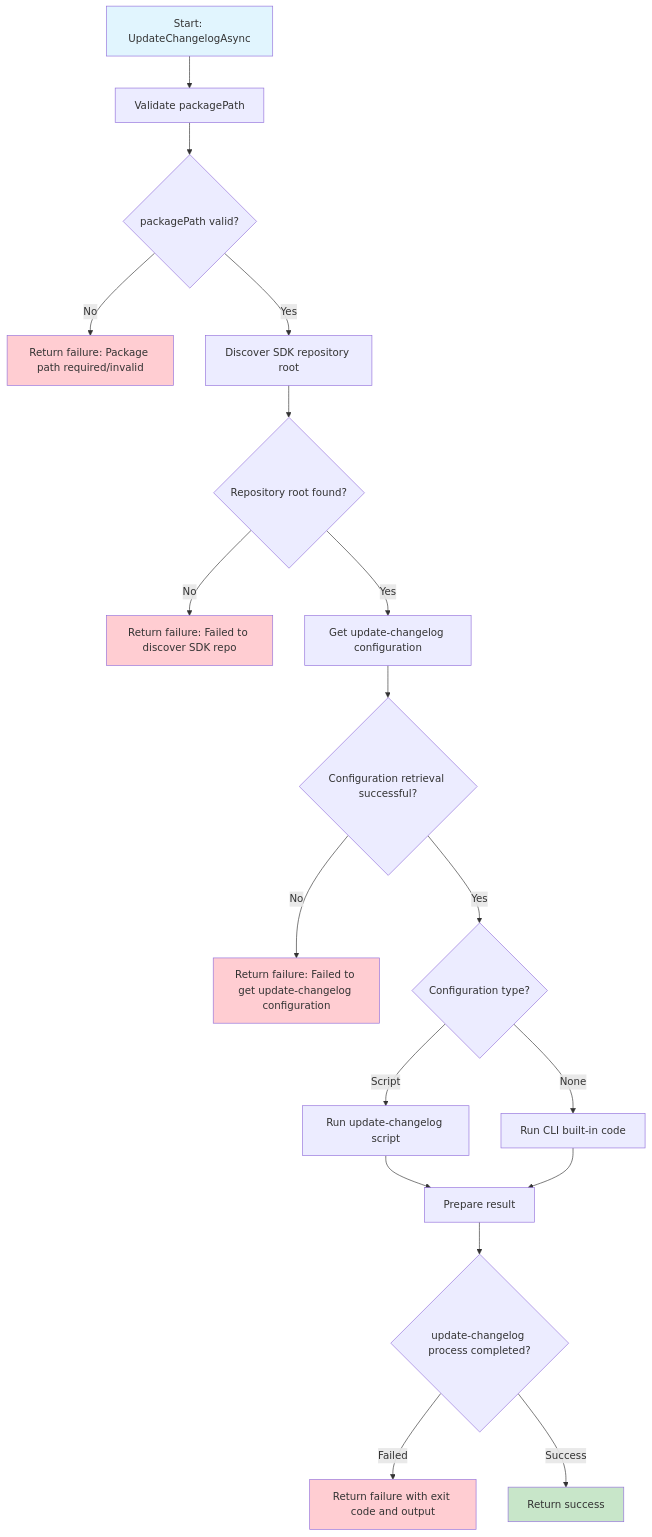
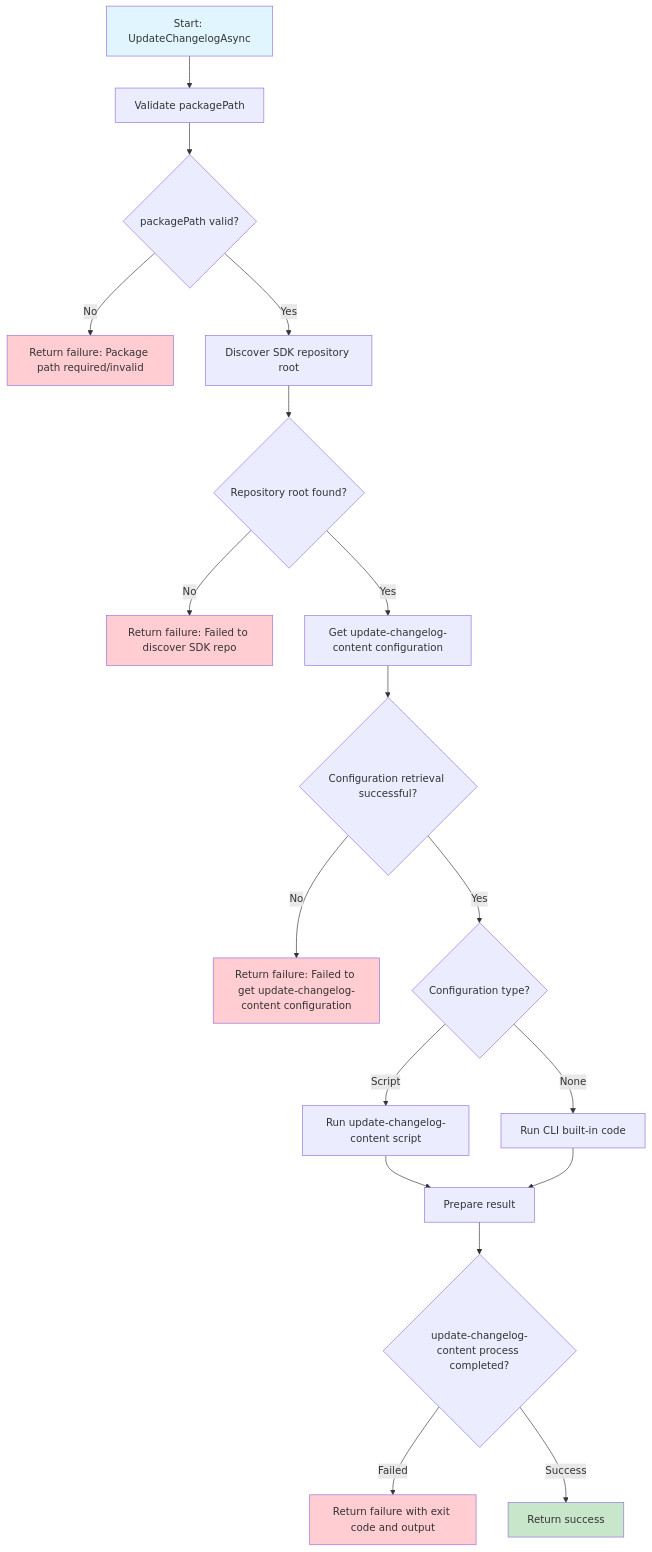
Before and after one commit to Azure/azure-sdk-tools: the second of 2 diagrams in tools/azsdk-cli/docs/specs/6-package-updater.spec.md, drawn with Mermaid. The commit also changed other lines of this file, not shown here.

Commit message:
Aligned update-changelog-content name

````diff
--- a/tools/azsdk-cli/docs/specs/6-package-updater.spec.md
+++ b/tools/azsdk-cli/docs/specs/6-package-updater.spec.md
@@ -268,32 +268,32 @@
 ```mermaid
 flowchart TD
       A[Start: UpdateChangelogAsync] --> B[Validate packagePath] 
       B --> C{packagePath valid?}
       C -->|No| D[Return failure: Package path required/invalid]
       C -->|Yes| E[Discover SDK repository root] 
     
       E --> F{Repository root found?}
       F -->|No| G[Return failure: Failed to discover SDK repo]
-      F -->|Yes| H[Get update-changelog configuration] 
+      F -->|Yes| H[Get update-changelog-content configuration] 
     
       H --> I{Configuration retrieval successful?}
-      I -->|No| J[Return failure: Failed to get update-changelog configuration] 
+      I -->|No| J[Return failure: Failed to get update-changelog-content configuration] 
       I -->|Yes| K{Configuration type?}
     
-      K -->|Script| L[Run update-changelog script]
+      K -->|Script| L[Run update-changelog-content script]
       K -->|None| M[Run CLI built-in code] 
     
       L --> N[Prepare result] 
       M --> N
     
-      N --> O{update-changelog process completed?} 
+      N --> O{update-changelog-content process completed?} 
       O -->|Failed| P[Return failure with exit code and output]
       O -->|Success| Q[Return success]
     
       style A fill:#e1f5fe
       style Q fill:#c8e6c9
       style D fill:#ffcdd2
       style G fill:#ffcdd2
       style J fill:#ffcdd2
       style P fill:#ffcdd2
 ```
````
